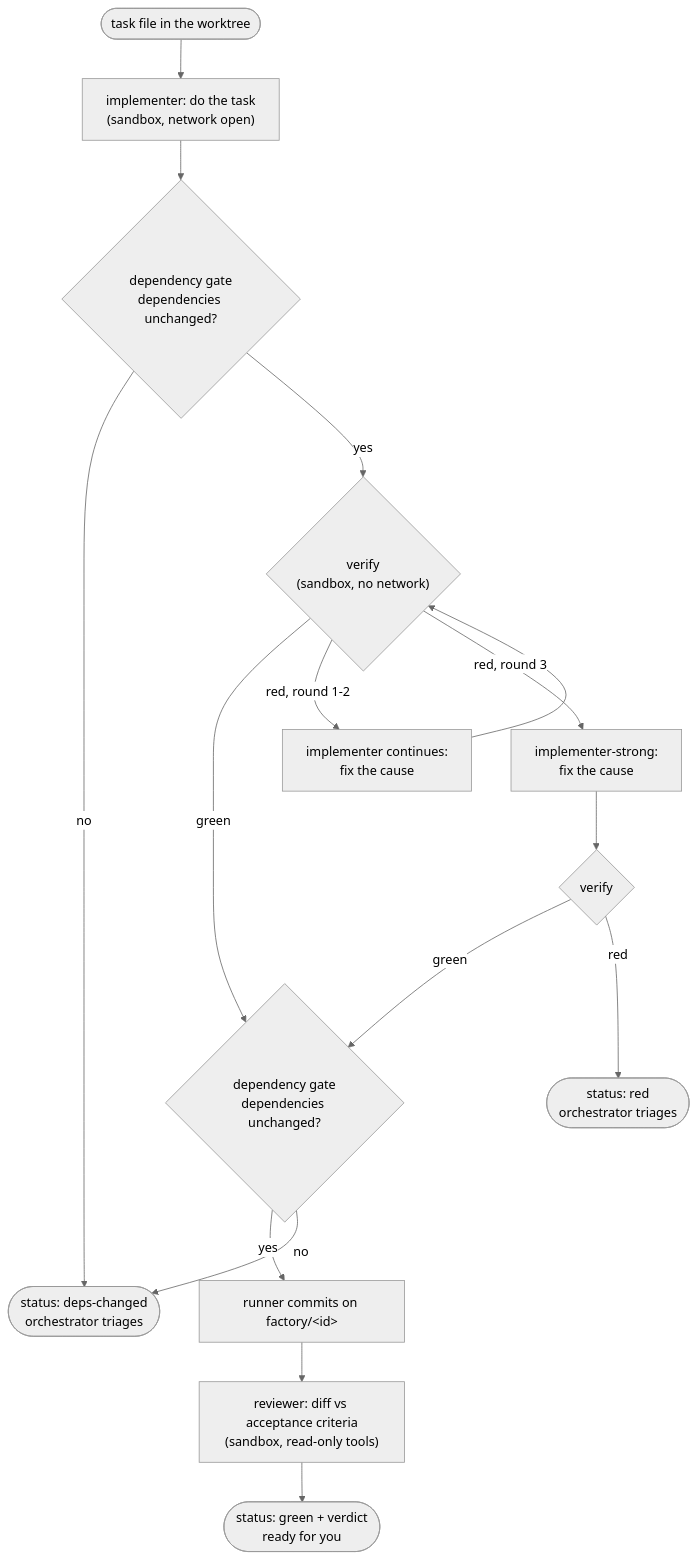
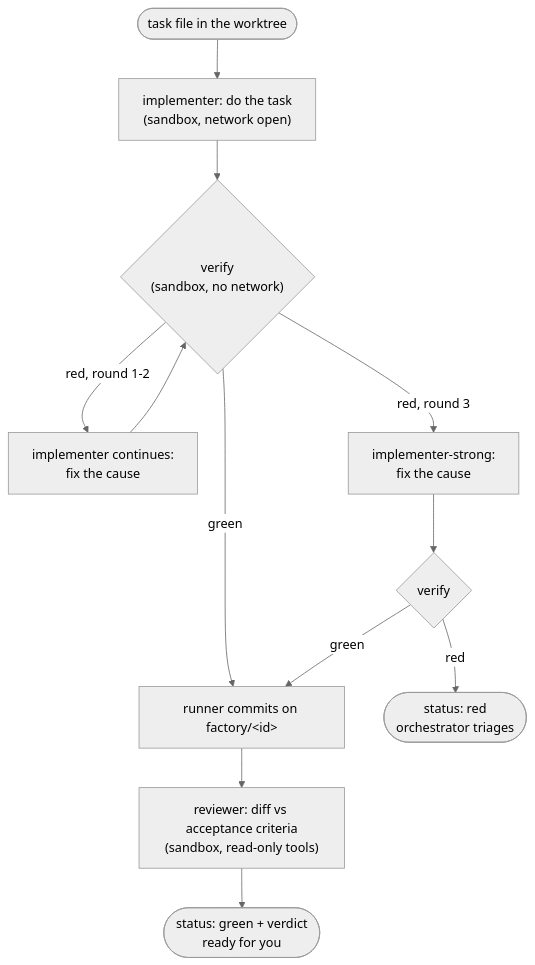
One commit to optbalance/factory-model changed the fifth of 5 diagrams in docs/how-to/how-the-factory-works.md. Above: the diagram before and after it, drawn with Mermaid (neutral theme). The commit also changed other lines of this file and 15 other files, not shown here.

````diff
--- a/docs/how-to/how-the-factory-works.md
+++ b/docs/how-to/how-the-factory-works.md
@@ -194,16 +192,12 @@
 ```mermaid
 flowchart TD
   S(["task file in the worktree"]) --> I["implementer: do the task<br/>(sandbox, network open)"]
-  I --> G0{"dependency gate<br/>dependencies unchanged?"}
-  G0 -- no --> U(["status: deps-changed<br/>orchestrator triages"])
-  G0 -- yes --> V{"verify<br/>(sandbox, no network)"}
-  V -- green --> G{"dependency gate<br/>dependencies unchanged?"}
-  G -- yes --> C["runner commits on factory/&lt;id&gt;"]
-  G -- no --> U
+  I --> V{"verify<br/>(sandbox, no network)"}
+  V -- green --> C["runner commits on factory/&lt;id&gt;"]
   V -- "red, round 1-2" --> F["implementer continues:<br/>fix the cause"] --> V
   V -- "red, round 3" --> E["implementer-strong:<br/>fix the cause"] --> V2{"verify"}
-  V2 -- green --> G
+  V2 -- green --> C
   V2 -- red --> R(["status: red<br/>orchestrator triages"])
   C --> RV["reviewer: diff vs acceptance criteria<br/>(sandbox, read-only tools)"]
   RV --> D(["status: green + verdict<br/>ready for you"])
 ```
````
